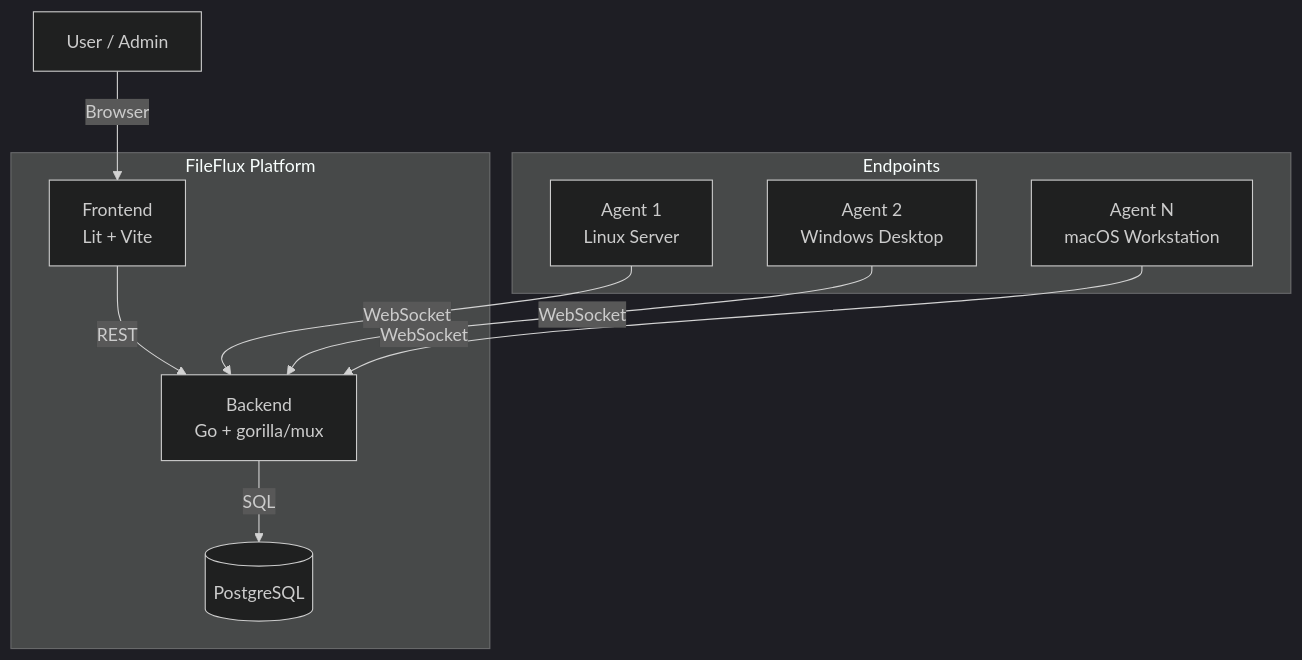
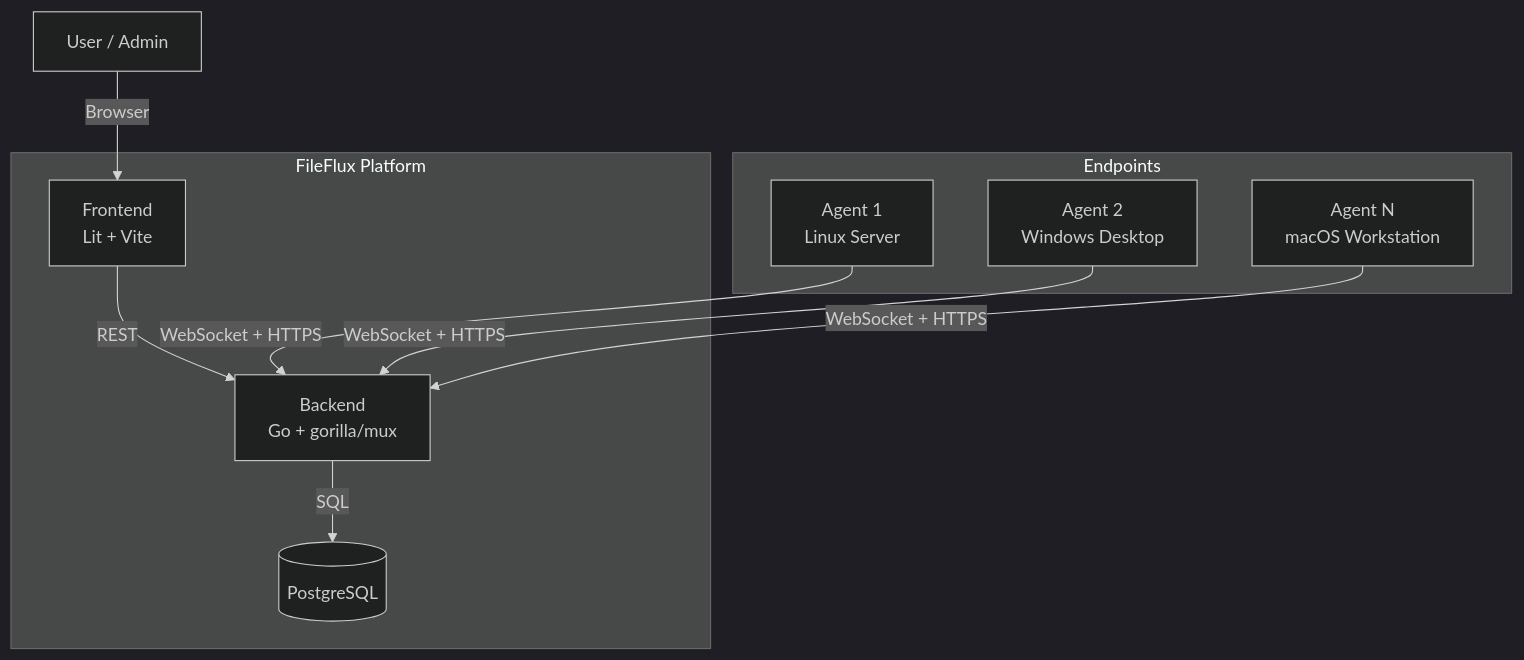
Before and after one commit to stefanposs/file-flux: the first of 2 diagrams in assets/mkdocs/architecture/overview.md, drawn with Mermaid (dark theme). The commit also changed other lines of this file and 46 other files, not shown here.

First line of the commit message:
docs: highlight dual transport (WebSocket + HTTPS) across architecture docs

````diff
--- a/assets/mkdocs/architecture/overview.md
+++ b/assets/mkdocs/architecture/overview.md
@@ -11,22 +11,22 @@
 ```mermaid
 graph TB
     subgraph "Endpoints"
         A1[Agent 1<br/>Linux Server]
         A2[Agent 2<br/>Windows Desktop]
         A3[Agent N<br/>macOS Workstation]
     end
 
     subgraph "FileFlux Platform"
         FE[Frontend<br/>Lit + Vite]
         BE[Backend<br/>Go + gorilla/mux]
         DB[(PostgreSQL)]
         BE -->|SQL| DB
         FE -->|REST| BE
     end
 
-    A1 -->|WebSocket| BE
-    A2 -->|WebSocket| BE
-    A3 -->|WebSocket| BE
+    A1 -->|WebSocket + HTTPS| BE
+    A2 -->|WebSocket + HTTPS| BE
+    A3 -->|WebSocket + HTTPS| BE
 
     U[User / Admin] -->|Browser| FE
 ```
````
